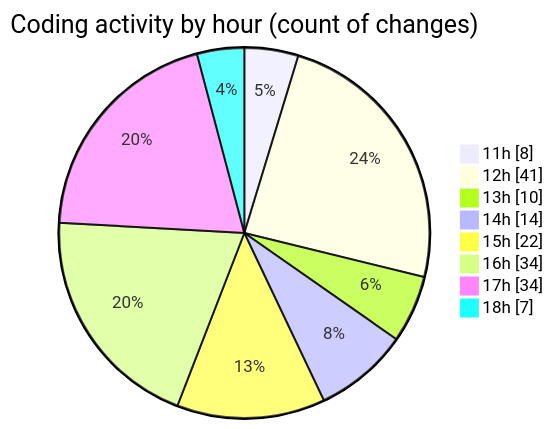
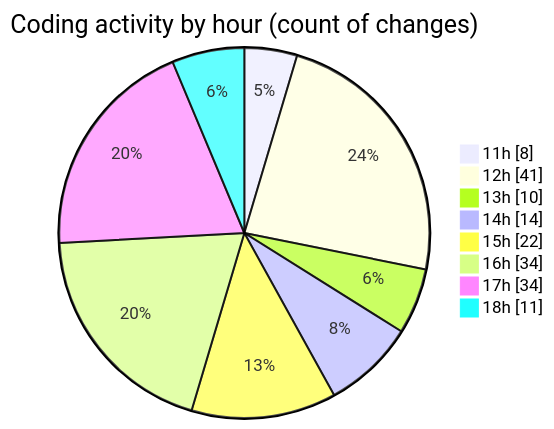
One commit to BS-eng2023/code-tracking changed the second of 2 diagrams in 2025-05-04/project/README.md. Above: the diagram before and after it, drawn with Mermaid. The commit also changed other lines of this file and 1 other file, not shown here.

````diff
--- a/2025-05-04/project/README.md
+++ b/2025-05-04/project/README.md
@@ -54,12 +54,12 @@
 ```mermaid
 pie showData
 title Coding activity by hour (count of changes)
 "11h" : 8
 "12h" : 41
 "13h" : 10
 "14h" : 14
 "15h" : 22
 "16h" : 34
 "17h" : 34
-"18h" : 7
+"18h" : 11
 ```
````
